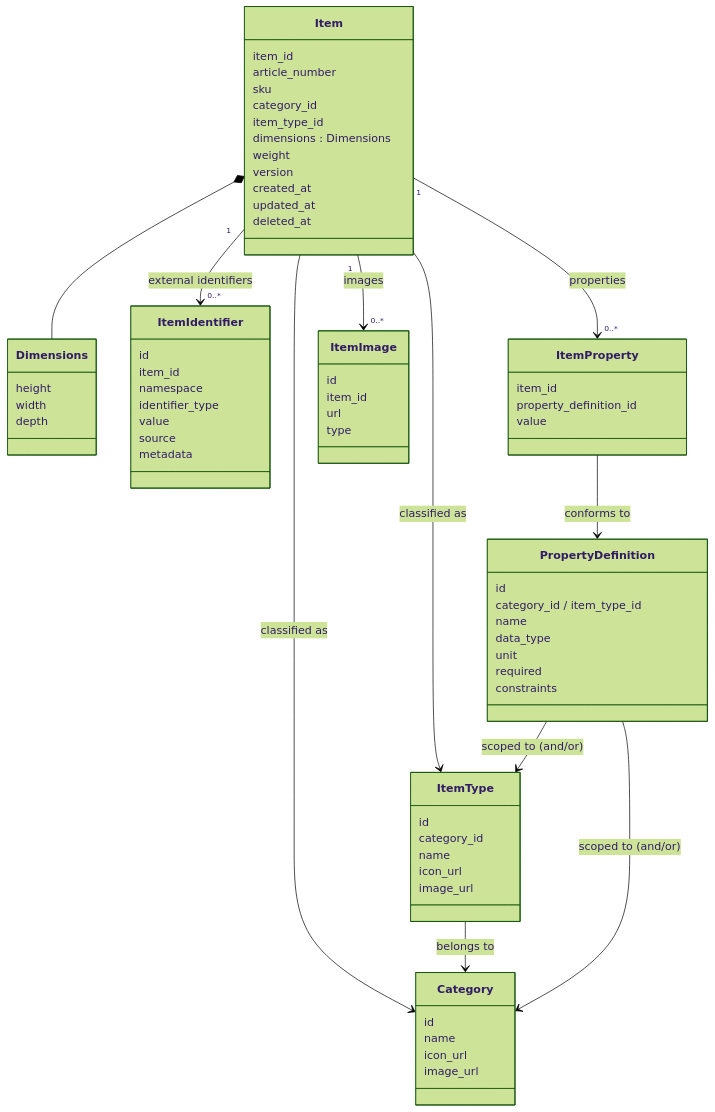
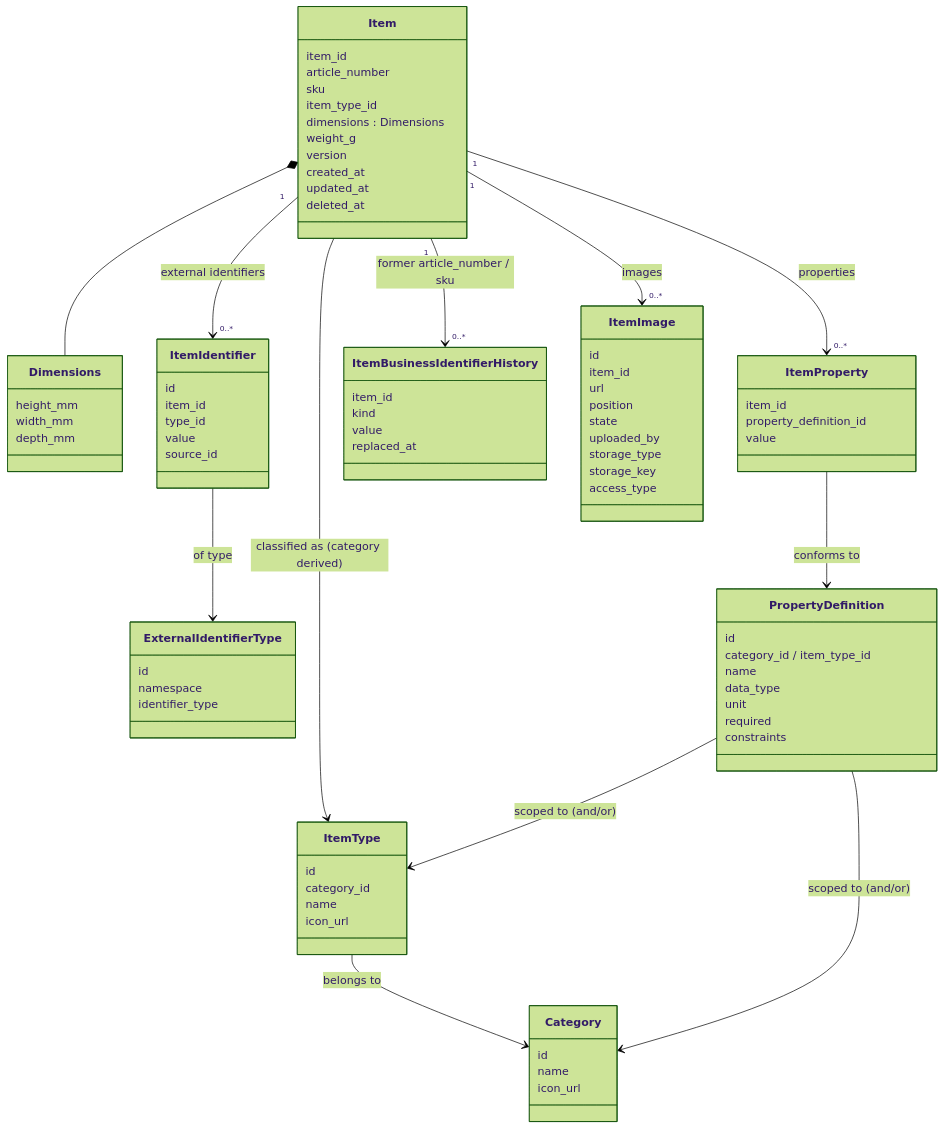
One commit to Loorenz-David/ItemDomain changed the diagram in docs/01-item-domain.md. Above: the diagram before and after it, drawn with Mermaid (forest theme). The commit also changed other lines of this file and 12 other files, not shown here.

```diff
--- a/docs/01-item-domain.md
+++ b/docs/01-item-domain.md
@@ -62,52 +63,63 @@
         item_id
         article_number
         sku
-        category_id
         item_type_id
         dimensions : Dimensions
-        weight
+        weight_g
         version
         created_at
         updated_at
         deleted_at
     }
     class Dimensions {
-        height
-        width
-        depth
+        height_mm
+        width_mm
+        depth_mm
     }
     class ItemIdentifier {
         id
         item_id
+        type_id
+        value
+        source_id
+    }
+    class ExternalIdentifierType {
+        id
         namespace
         identifier_type
-        value
-        source
-        metadata
     }
     class ItemProperty {
         item_id
         property_definition_id
         value
     }
+    class ItemBusinessIdentifierHistory {
+        item_id
+        kind
+        value
+        replaced_at
+    }
     class ItemImage {
         id
         item_id
         url
-        type
+        position
+        state
+        uploaded_by
+        storage_type
+        storage_key
+        access_type
     }
     class Category {
         id
         name
         icon_url
-        image_url
     }
     class ItemType {
         id
         category_id
         name
         icon_url
-        image_url
     }
     class PropertyDefinition {
         id
@@ -120,10 +132,11 @@
     }
 
     Item "1" --> "0..*" ItemIdentifier : external identifiers
+    ItemIdentifier --> ExternalIdentifierType : of type
     Item "1" --> "0..*" ItemProperty : properties
     Item "1" --> "0..*" ItemImage : images
-    Item --> Category : classified as
-    Item --> ItemType : classified as
+    Item "1" --> "0..*" ItemBusinessIdentifierHistory : former article_number / sku
+    Item --> ItemType : classified as (category derived)
     ItemType --> Category : belongs to
     ItemProperty --> PropertyDefinition : conforms to
     PropertyDefinition --> Category : scoped to (and/or)
```
